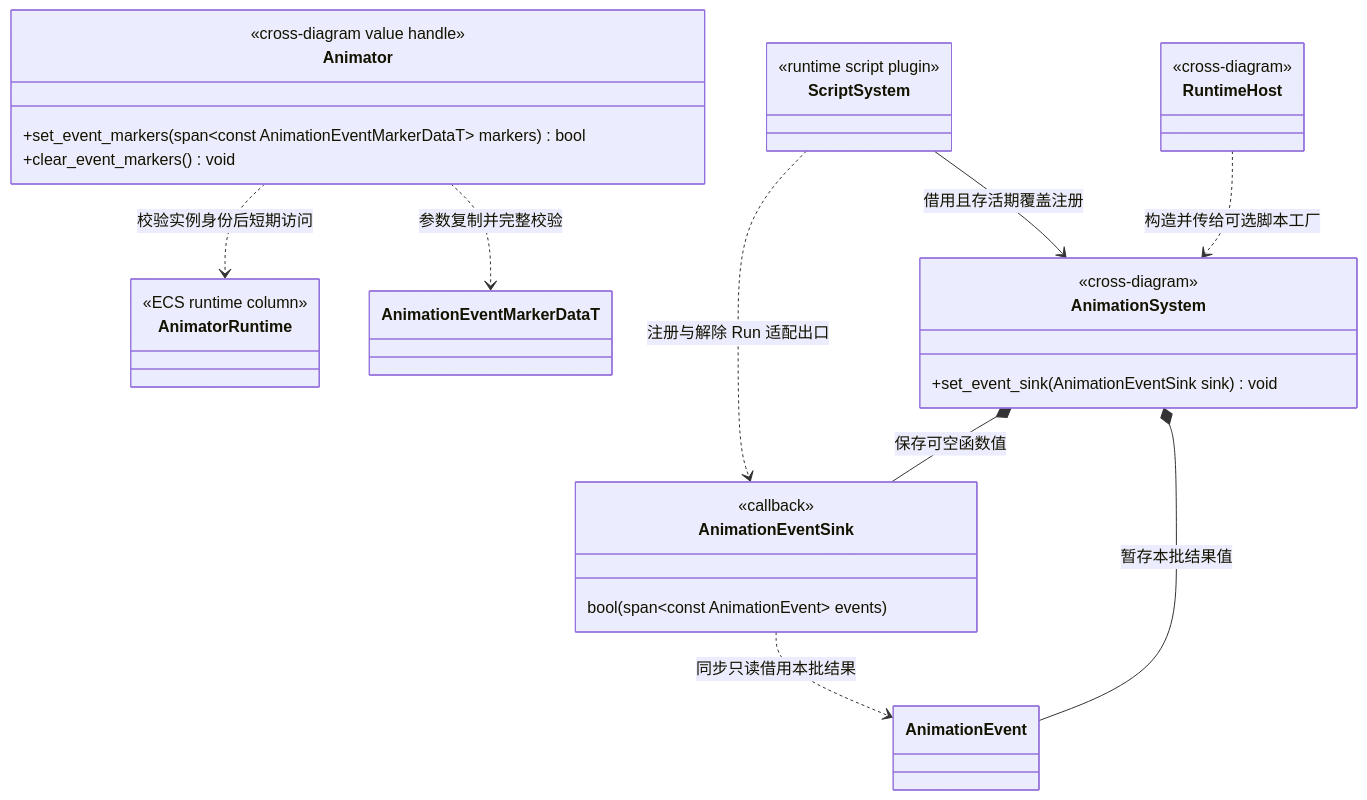
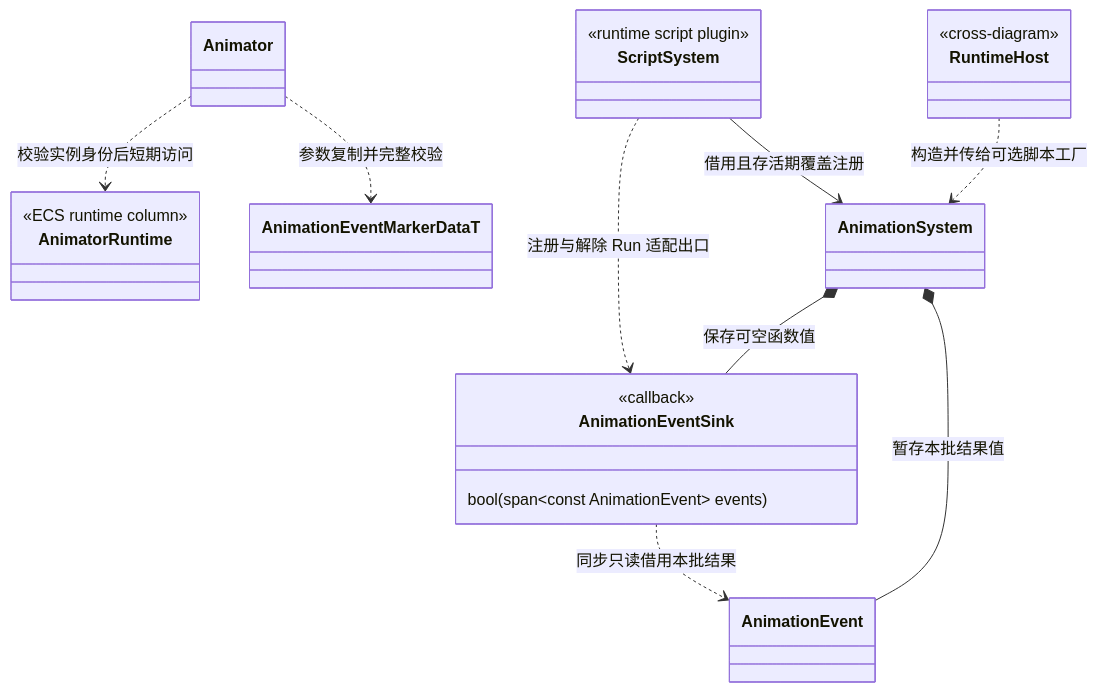
The second of 2 diagrams in docs/runtime/class-diagrams/animation-events.md (lcals/Engine), drawn with Mermaid before and after one commit. The commit also changed other lines of this file and 125 other files, not shown here.

First line of the commit message:
Fix engine architecture contracts and recovery paths

````diff
--- a/docs/runtime/class-diagrams/animation-events.md
+++ b/docs/runtime/class-diagrams/animation-events.md
@@ -46,35 +48,28 @@
 ```mermaid
 classDiagram
-    class Animator {
-        <<cross-diagram value handle>>
-        +set_event_markers(span~const AnimationEventMarkerDataT~ markers) bool
-        +clear_event_markers() void
-    }
+    class Animator
     class AnimatorRuntime {
         <<ECS runtime column>>
     }
-    class AnimationSystem {
-        <<cross-diagram>>
-        +set_event_sink(AnimationEventSink sink) void
-    }
+    class AnimationSystem
     class AnimationEventSink {
         <<callback>>
         bool(span~const AnimationEvent~ events)
     }
     class AnimationEvent
     class AnimationEventMarkerDataT
     class ScriptSystem {
         <<runtime script plugin>>
     }
     class RuntimeHost {
         <<cross-diagram>>
     }
     Animator ..> AnimationEventMarkerDataT : 参数复制并完整校验
     Animator ..> AnimatorRuntime : 校验实例身份后短期访问
     AnimationSystem *-- AnimationEvent : 暂存本批结果值
     AnimationSystem *-- AnimationEventSink : 保存可空函数值
     AnimationEventSink ..> AnimationEvent : 同步只读借用本批结果
     RuntimeHost ..> AnimationSystem : 构造并传给可选脚本工厂
     ScriptSystem --> AnimationSystem : 借用且存活期覆盖注册
     ScriptSystem ..> AnimationEventSink : 注册与解除 Run 适配出口
 ```
````
